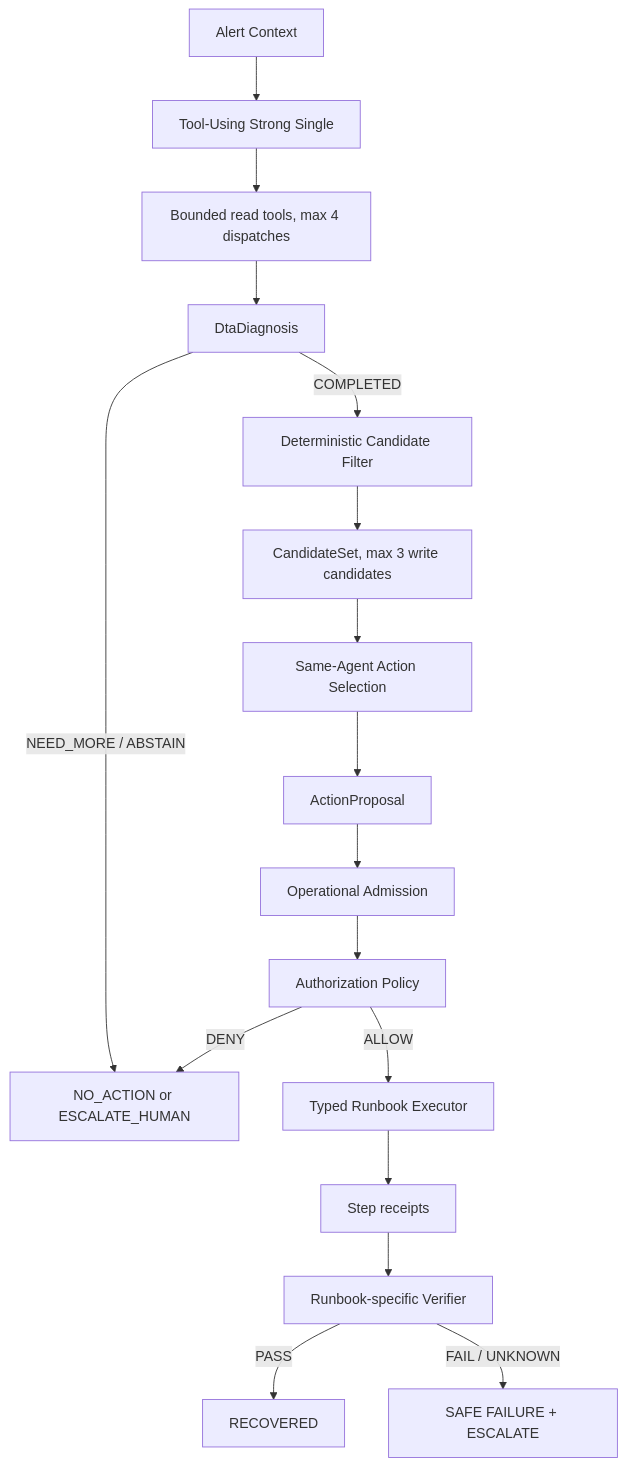
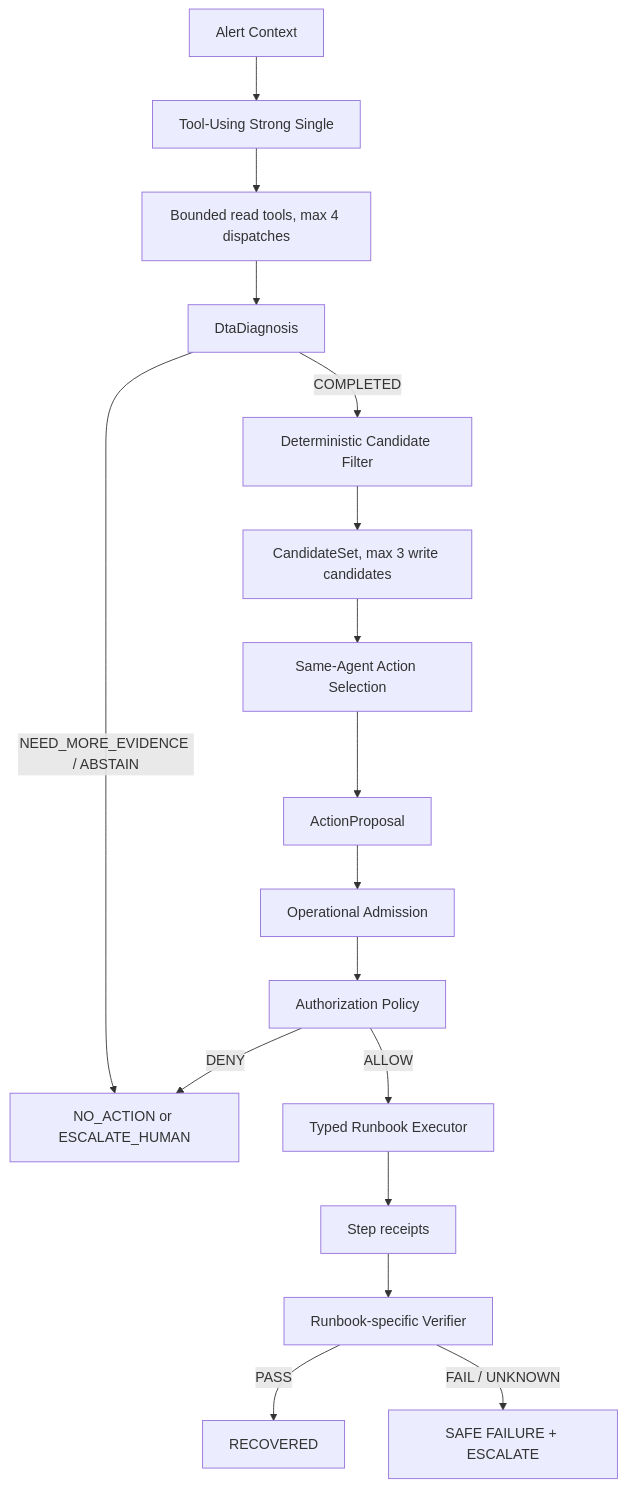
The diagram in docs/design/diagnosis-to-action-v2.md (Raidriar7170/EcomSRE-Agent), drawn with Mermaid before and after one commit. The commit also changed other lines of this file and 17 other files, not shown here.

````diff
--- a/docs/design/diagnosis-to-action-v2.md
+++ b/docs/design/diagnosis-to-action-v2.md
@@ -33,19 +47,19 @@
 ```mermaid
 flowchart TD
   A["Alert Context"] --> I["Tool-Using Strong Single"]
   I --> T["Bounded read tools, max 4 dispatches"]
   T --> D["DtaDiagnosis"]
-  D -->|"NEED_MORE / ABSTAIN"| N["NO_ACTION or ESCALATE_HUMAN"]
+  D -->|"NEED_MORE_EVIDENCE / ABSTAIN"| N["NO_ACTION or ESCALATE_HUMAN"]
   D -->|"COMPLETED"| F["Deterministic Candidate Filter"]
   F --> C["CandidateSet, max 3 write candidates"]
   C --> S["Same-Agent Action Selection"]
   S --> P["ActionProposal"]
   P --> G["Operational Admission"]
   G --> Y["Authorization Policy"]
   Y -->|"DENY"| N
   Y -->|"ALLOW"| X["Typed Runbook Executor"]
   X --> R["Step receipts"]
   R --> V["Runbook-specific Verifier"]
   V -->|"PASS"| Z["RECOVERED"]
   V -->|"FAIL / UNKNOWN"| E["SAFE FAILURE + ESCALATE"]
 ```
````
